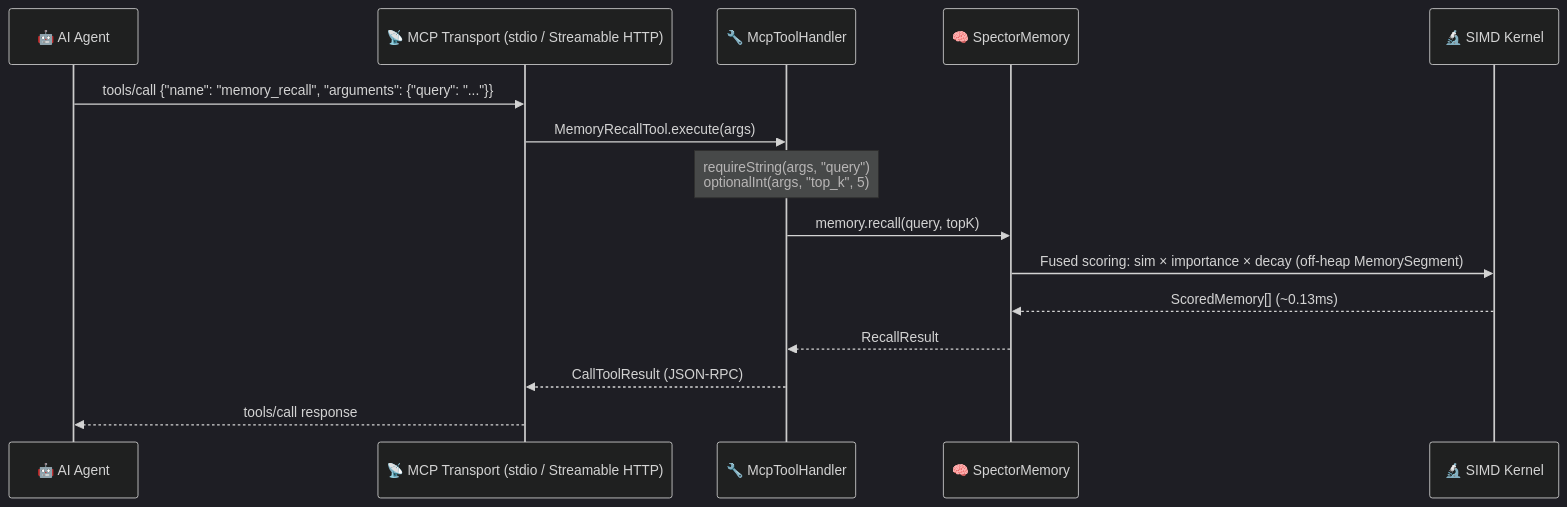
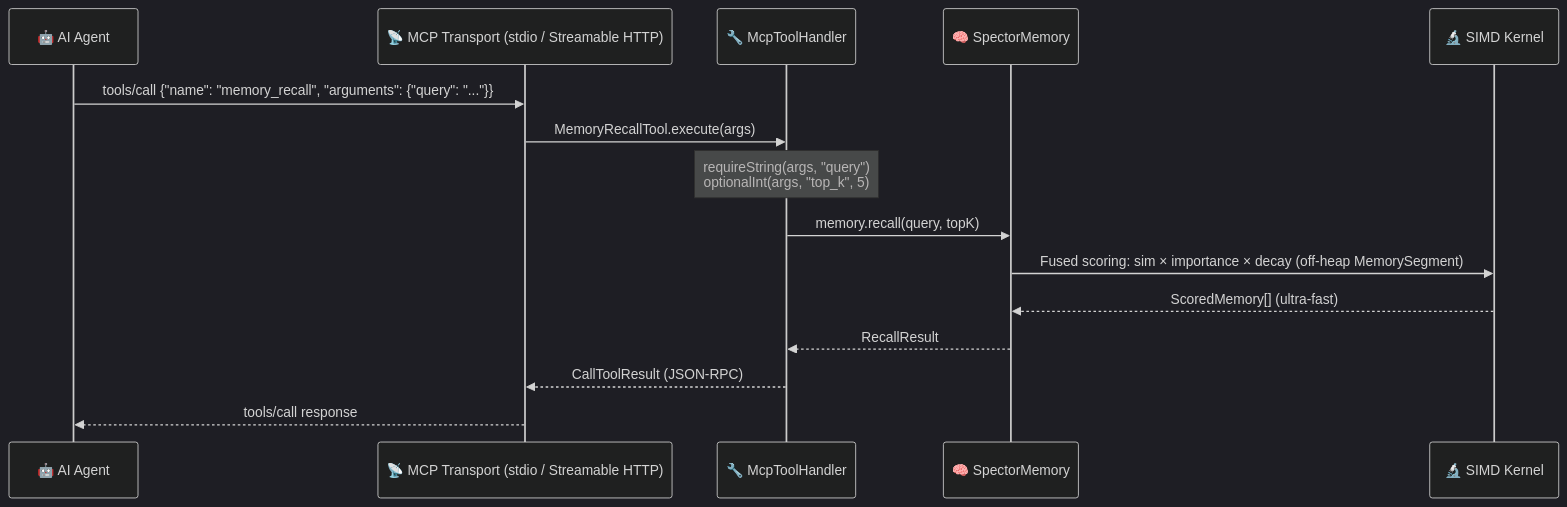
The second of 4 diagrams in docs/docs/architecture/mcp-integration.md (spectrayan/spector), drawn with Mermaid (dark theme) before and after one commit. The commit also changed 13 other files, not shown here.

First line of the commit message:
docs(performance): replace hardcoded 0.13ms metrics with qualitative ultra-fast descriptors

````diff
--- a/docs/docs/architecture/mcp-integration.md
+++ b/docs/docs/architecture/mcp-integration.md
@@ -82,20 +82,20 @@
 ```mermaid
 sequenceDiagram
     participant Agent as 🤖 AI Agent
     participant MCP as 📡 MCP Transport (stdio / Streamable HTTP)
     participant Handler as 🔧 McpToolHandler
     participant Memory as 🧠 SpectorMemory
     participant SIMD as 🔬 SIMD Kernel
 
     Agent->>MCP: tools/call {"name": "memory_recall", "arguments": {"query": "..."}}
     MCP->>Handler: MemoryRecallTool.execute(args)
     
     Note over Handler: requireString(args, "query")<br/>optionalInt(args, "top_k", 5)
     
     Handler->>Memory: memory.recall(query, topK)
     Memory->>SIMD: Fused scoring: sim × importance × decay (off-heap MemorySegment)
-    SIMD-->>Memory: ScoredMemory[] (~0.13ms)
+    SIMD-->>Memory: ScoredMemory[] (ultra-fast)
     Memory-->>Handler: RecallResult
     Handler-->>MCP: CallToolResult (JSON-RPC)
     MCP-->>Agent: tools/call response
 ```
````
